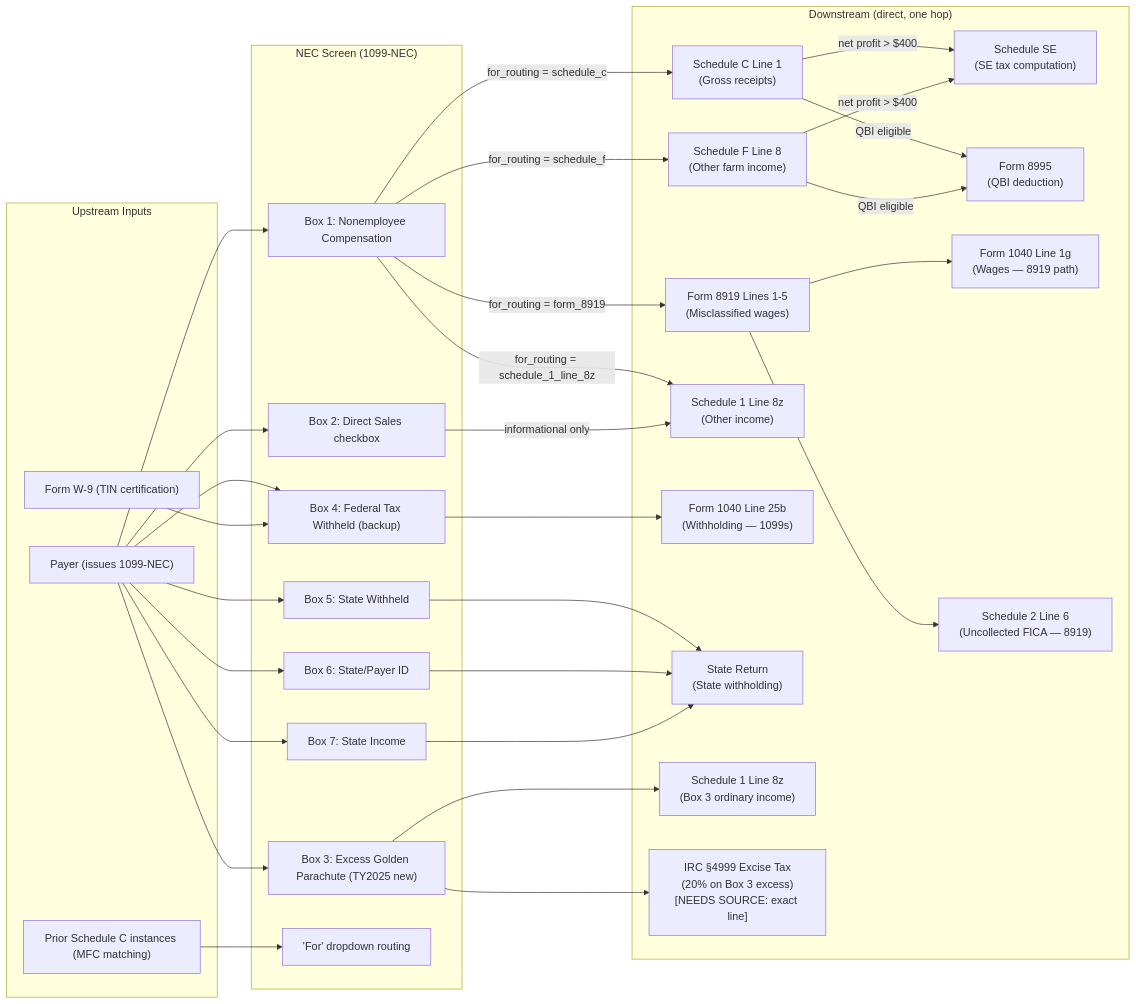
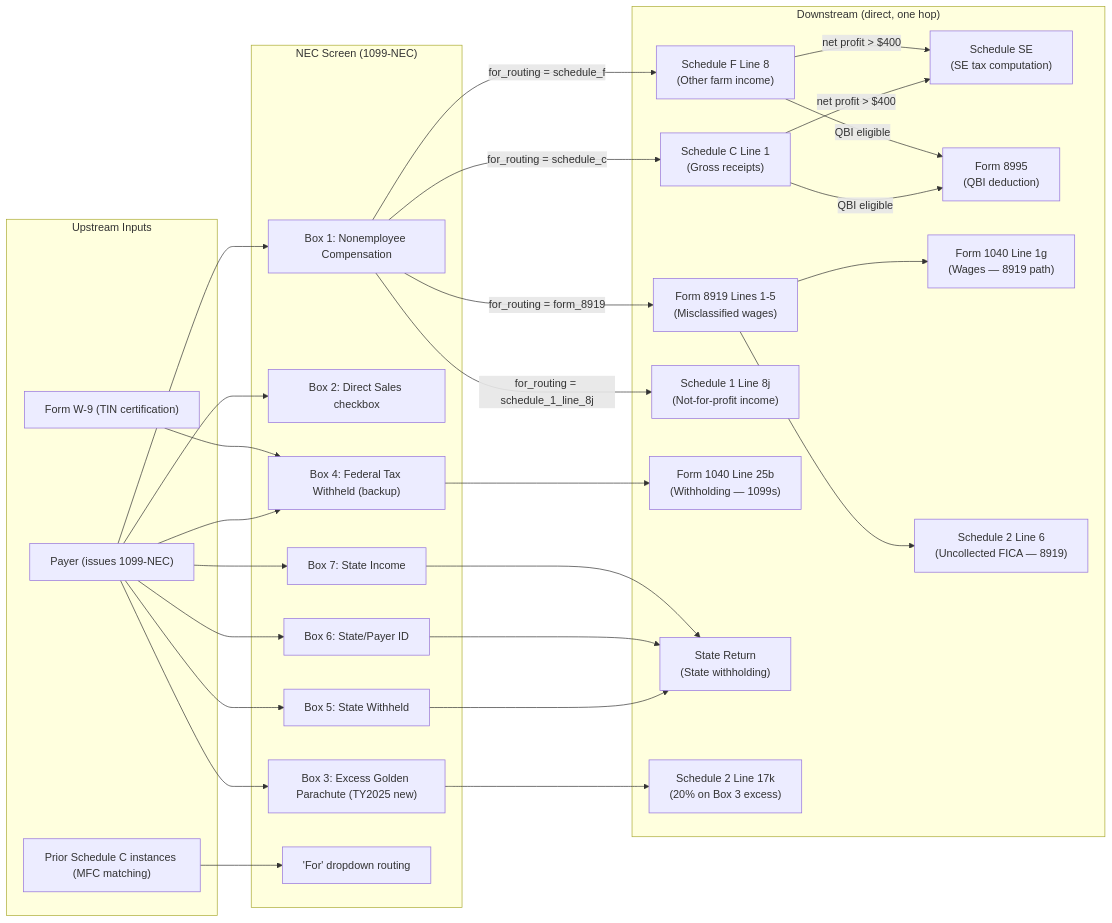
The diagram in forms/f1040/nodes/inputs/f1099nec/research/context.md (filedcom/opentax), drawn with Mermaid before and after one commit. The commit also changed other lines of this file and 961 other files, not shown here.

````diff
--- a/forms/f1040/nodes/inputs/f1099nec/research/context.md
+++ b/forms/f1040/nodes/inputs/f1099nec/research/context.md
@@ -364,62 +370,59 @@
 ```mermaid
 flowchart LR
   subgraph inputs["Upstream Inputs"]
     PAYER["Payer (issues 1099-NEC)"]
     W9["Form W-9 (TIN certification)"]
     PRIOR_SCH_C["Prior Schedule C instances (MFC matching)"]
   end
 
   subgraph screen["NEC Screen (1099-NEC)"]
     BOX1["Box 1: Nonemployee Compensation"]
     BOX2["Box 2: Direct Sales checkbox"]
     BOX3["Box 3: Excess Golden Parachute (TY2025 new)"]
     BOX4["Box 4: Federal Tax Withheld (backup)"]
     BOX5["Box 5: State Withheld"]
     BOX6["Box 6: State/Payer ID"]
     BOX7["Box 7: State Income"]
     FOR_ROUTING["'For' dropdown routing"]
   end
 
   subgraph outputs["Downstream (direct, one hop)"]
     SCH_C["Schedule C Line 1\n(Gross receipts)"]
     SCH_F["Schedule F Line 8\n(Other farm income)"]
     F8919["Form 8919 Lines 1-5\n(Misclassified wages)"]
-    SCH1_8Z["Schedule 1 Line 8z\n(Other income)"]
+    SCH1_8J["Schedule 1 Line 8j\n(Not-for-profit income)"]
     SCH_SE["Schedule SE\n(SE tax computation)"]
     F8995["Form 8995\n(QBI deduction)"]
     F8919_1040["Form 1040 Line 1g\n(Wages — 8919 path)"]
     SCH2_L6["Schedule 2 Line 6\n(Uncollected FICA — 8919)"]
     F1040_L25B["Form 1040 Line 25b\n(Withholding — 1099s)"]
     STATE_RETURN["State Return\n(State withholding)"]
-    SCH1_8Z_BOX3["Schedule 1 Line 8z\n(Box 3 ordinary income)"]
-    EXCISE["IRC §4999 Excise Tax\n(20% on Box 3 excess)\n[NEEDS SOURCE: exact line]"]
+    EXCISE["Schedule 2 Line 17k\n(20% on Box 3 excess)"]
   end
 
   PAYER --> BOX1
   PAYER --> BOX2
   PAYER --> BOX3
   PAYER --> BOX4
   PAYER --> BOX5
   PAYER --> BOX6
   PAYER --> BOX7
   W9 --> BOX4
   PRIOR_SCH_C --> FOR_ROUTING
 
   BOX1 -->|"for_routing = schedule_c"| SCH_C
   BOX1 -->|"for_routing = schedule_f"| SCH_F
   BOX1 -->|"for_routing = form_8919"| F8919
-  BOX1 -->|"for_routing = schedule_1_line_8z"| SCH1_8Z
+  BOX1 -->|"for_routing = schedule_1_line_8j"| SCH1_8J
   SCH_C -->|"net profit > $400"| SCH_SE
   SCH_C -->|"QBI eligible"| F8995
   SCH_F -->|"net profit > $400"| SCH_SE
   SCH_F -->|"QBI eligible"| F8995
   F8919 --> F8919_1040
   F8919 --> SCH2_L6
-  BOX2 -->|"informational only"| SCH1_8Z
-  BOX3 --> SCH1_8Z_BOX3
   BOX3 --> EXCISE
   BOX4 --> F1040_L25B
   BOX5 --> STATE_RETURN
   BOX6 --> STATE_RETURN
   BOX7 --> STATE_RETURN
 ```
````
